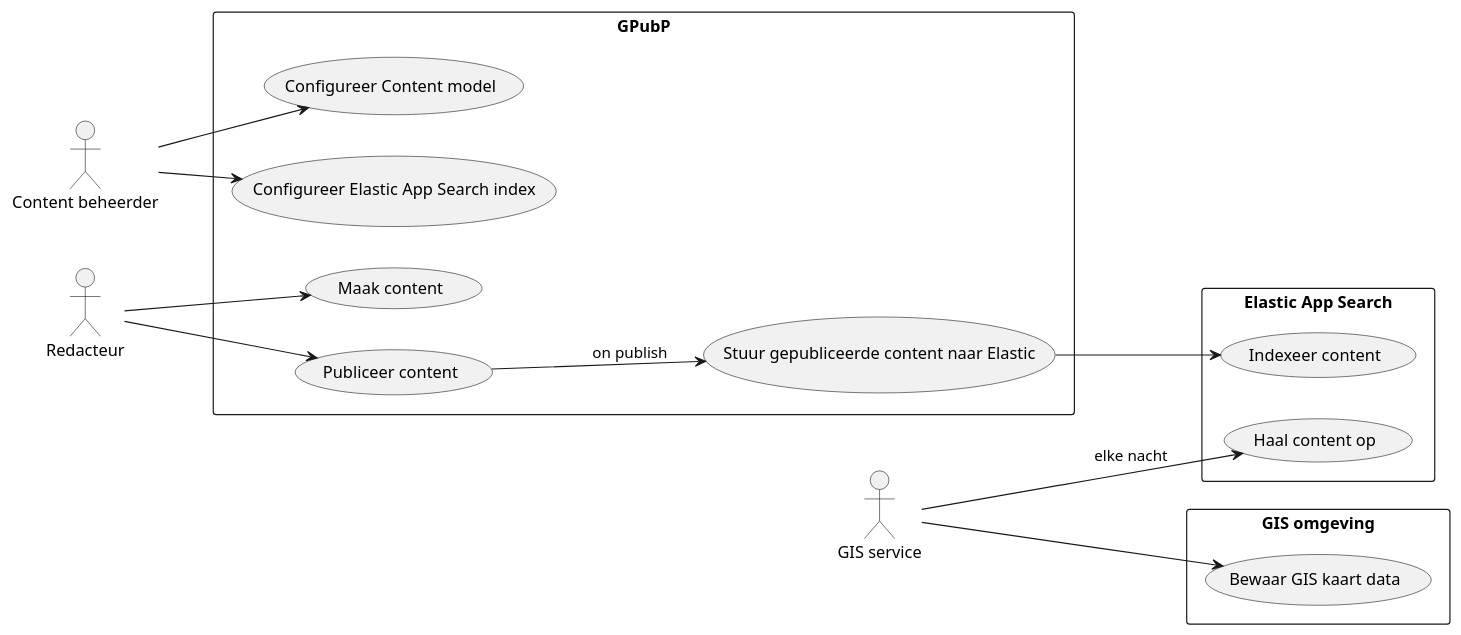
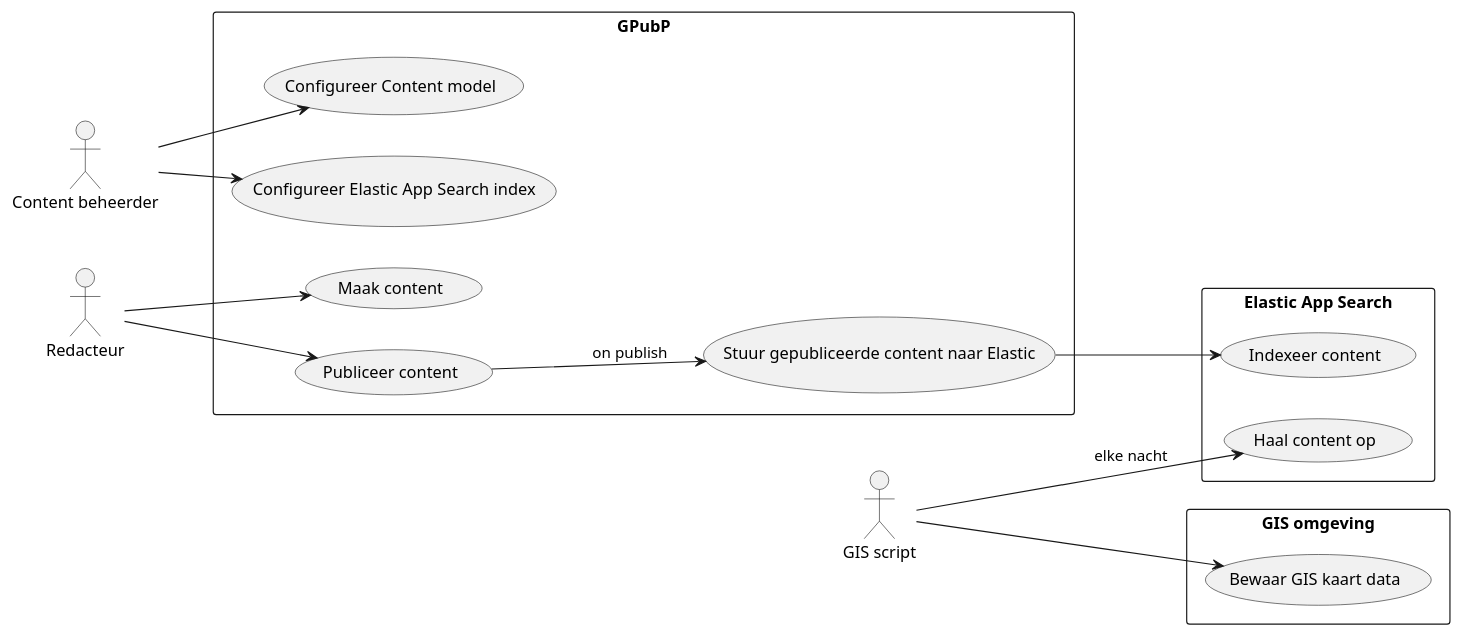
The diagram in docs/frontend/content/geo-rendering-gisserver.md (GPubP/docs), drawn with PlantUML before and after one commit. The commit also changed other lines of this file, not shown here.

````diff
--- a/docs/frontend/content/geo-rendering-gisserver.md
+++ b/docs/frontend/content/geo-rendering-gisserver.md
@@ -9,35 +9,35 @@
 ```plantuml
 @startuml
 left to right direction
 actor "Content beheerder" as cb
 actor "Redacteur" as red
-actor "GIS service" as gis
+actor "GIS script" as gis
 
 rectangle GPubP {
   usecase "Configureer Content model" as UC1
   usecase "Configureer Elastic App Search index" as UC2
   usecase "Maak content" as UC3
   usecase "Publiceer content" as UC4
   usecase "Stuur gepubliceerde content naar Elastic" as UC5
 
 }
 
 rectangle "Elastic App Search" {
   usecase "Indexeer content" as UC6
   usecase "Haal content op" as UC7
 }
 
 rectangle "GIS omgeving" { 
   usecase "Bewaar GIS kaart data" as UC8
 }
 
 cb --> UC1
 cb --> UC2
 red --> UC3
 red --> UC4
 UC4 --> UC5 : on publish
 UC5 --> UC6
 gis --> UC7 : elke nacht
 gis --> UC8
 @enduml@enduml
 ```
````
